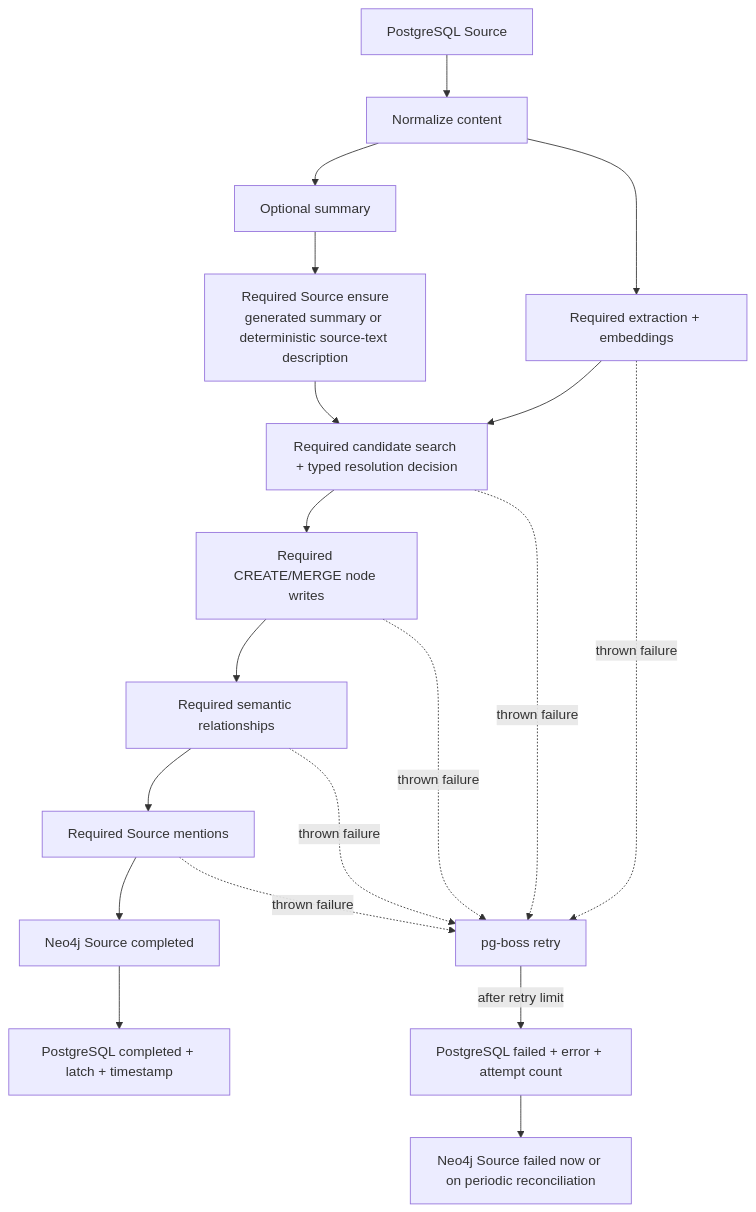
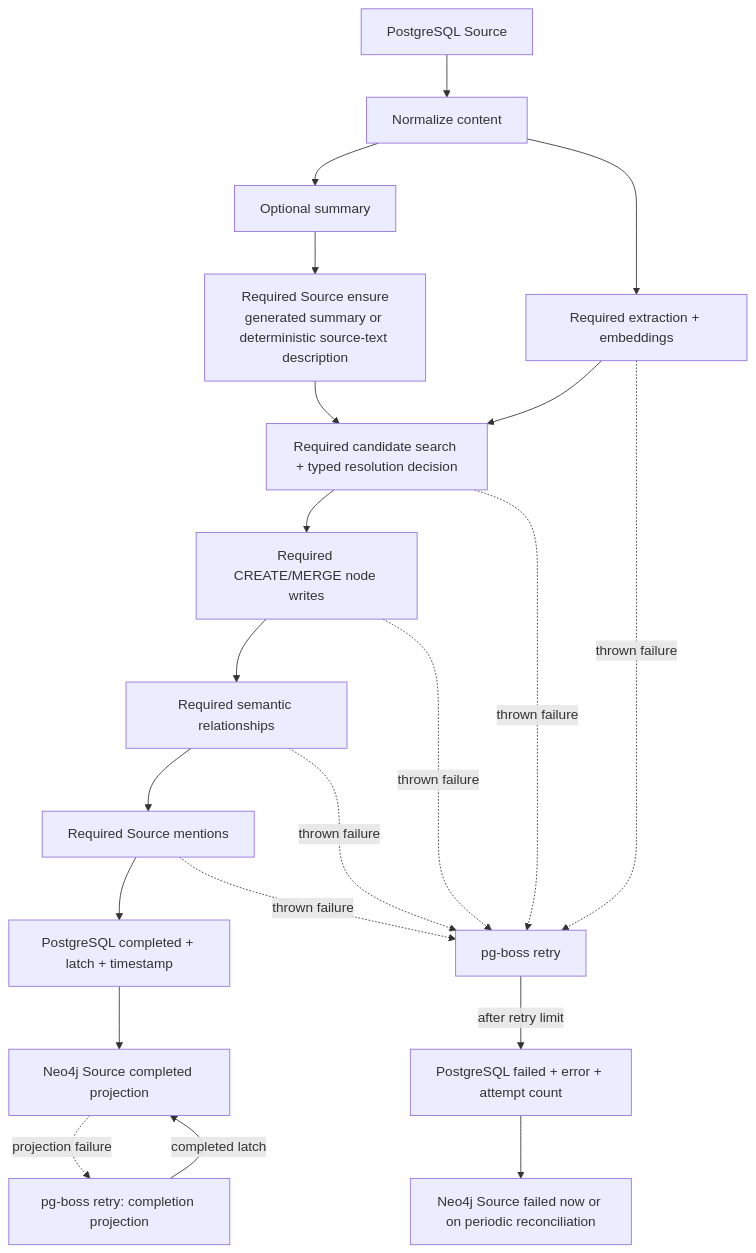
Before and after one commit to CaptainCrouton89/Saturn: the diagram in .crouter/memory/arch/ingestion-pipeline.md, drawn with Mermaid. The commit also changed other lines of this file and 2 other files, not shown here.

Commit message:
fix: persist ingestion completion before graph projection

````diff
--- a/.crouter/memory/arch/ingestion-pipeline.md
+++ b/.crouter/memory/arch/ingestion-pipeline.md
@@ -56,21 +55,23 @@
 ```mermaid
 flowchart TD
     A["PostgreSQL Source"] --> B["Normalize content"]
     B --> C1["Optional summary"]
     B --> C2["Required extraction + embeddings"]
     C1 --> D["Required Source ensure<br/>generated summary or deterministic source-text description"]
     C2 --> E["Required candidate search + typed resolution decision"]
     D --> E
     E --> F["Required CREATE/MERGE node writes"]
     F --> G["Required semantic relationships"]
     G --> H["Required Source mentions"]
-    H --> I["Neo4j Source completed"]
-    I --> J["PostgreSQL completed + latch + timestamp"]
+    H --> I["PostgreSQL completed + latch + timestamp"]
+    I --> J["Neo4j Source completed projection"]
+    J -. projection failure .-> P["pg-boss retry: completion projection"]
+    P -->|"completed latch"| J
     C2 -. thrown failure .-> R["pg-boss retry"]
     E -. thrown failure .-> R
     F -. thrown failure .-> R
     G -. thrown failure .-> R
     H -. thrown failure .-> R
     R -->|"after retry limit"| X["PostgreSQL failed + error + attempt count"]
     X --> Y["Neo4j Source failed now or on periodic reconciliation"]
 ```
````
